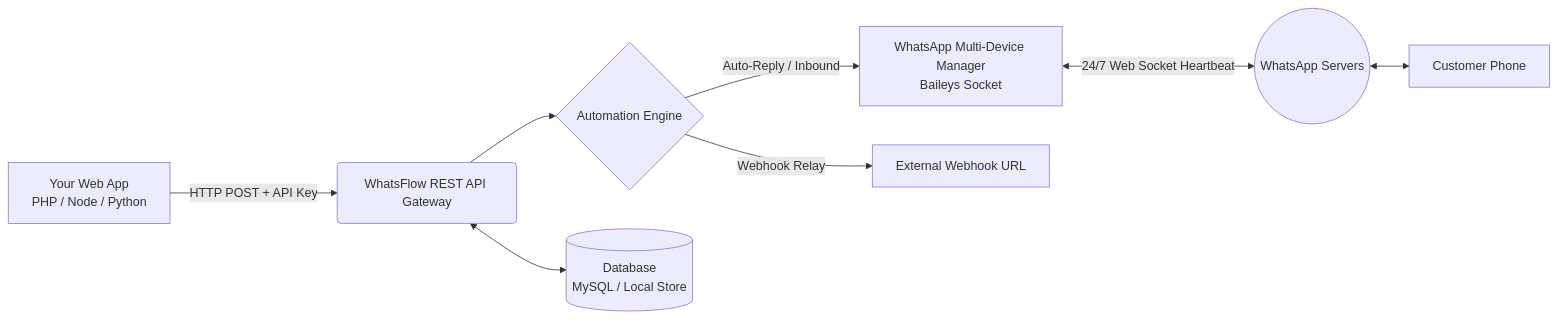
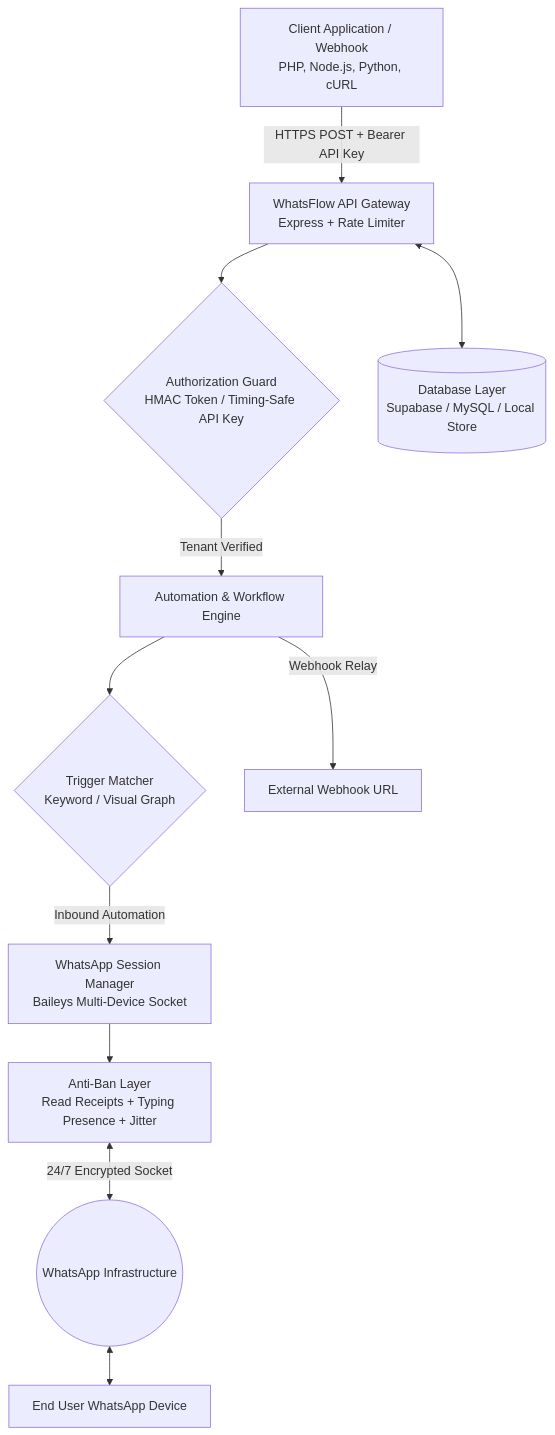
One commit to hey-ashik/WhatsFlow changed the diagram in README.md. Above: the diagram before and after it, drawn with Mermaid. The commit also changed other lines of this file, not shown here.

````diff
--- a/README.md
+++ b/README.md
@@ -79,10 +90,17 @@
 ```mermaid
-flowchart LR
-    A[Your Web App\nPHP / Node / Python] -->|HTTP POST + API Key| B(WhatsFlow REST API Gateway)
-    B --> C{Automation Engine}
-    C -->|Auto-Reply / Inbound| D[WhatsApp Multi-Device Manager\nBaileys Socket]
-    D <-->|24/7 Web Socket Heartbeat| E((WhatsApp Servers))
-    E <--> F[Customer Phone]
-    C -->|Webhook Relay| G[External Webhook URL]
-    B <--> H[(Database\nMySQL / Local Store)]
+flowchart TD
+    ClientApp[Client Application / Webhook\nPHP, Node.js, Python, cURL] -->|HTTPS POST + Bearer API Key| Gateway[WhatsFlow API Gateway\nExpress + Rate Limiter]
+    
+    Gateway --> AuthGuard{Authorization Guard\nHMAC Token / Timing-Safe API Key}
+    AuthGuard -->|Tenant Verified| Engine[Automation & Workflow Engine]
+    
+    Engine --> Matcher{Trigger Matcher\nKeyword / Visual Graph}
+    Matcher -->|Inbound Automation| WAManager[WhatsApp Session Manager\nBaileys Multi-Device Socket]
+    
+    WAManager --> AntiBan[Anti-Ban Layer\nRead Receipts + Typing Presence + Jitter]
+    AntiBan <-->|24/7 Encrypted Socket| WAServers((WhatsApp Infrastructure))
+    WAServers <--> Phone[End User WhatsApp Device]
+    
+    Engine -->|Webhook Relay| ExtWebhook[External Webhook URL]
+    Gateway <--> DB[(Database Layer\nSupabase / MySQL / Local Store)]
 ```
````
